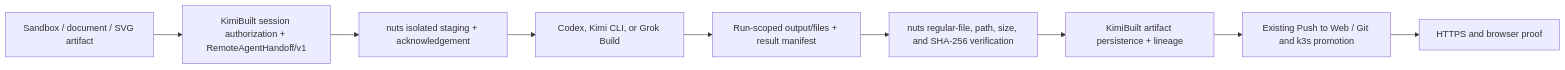
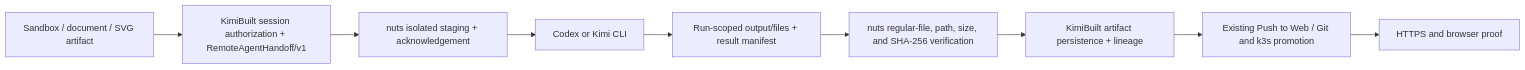
The diagram in docs/remote-agent-artifact-handoff.md (philly1084/Lilly), drawn with Mermaid before and after one commit. The commit also changed other lines of this file, not shown here.

Commit message:
docs: scope delivery to codex and kimi

````diff
--- a/docs/remote-agent-artifact-handoff.md
+++ b/docs/remote-agent-artifact-handoff.md
@@ -21,11 +21,11 @@
 ```mermaid
 flowchart LR
   S["Sandbox / document / SVG artifact"] --> K["KimiBuilt session authorization + RemoteAgentHandoff/v1"]
   K --> N["nuts isolated staging + acknowledgement"]
-  N --> A["Codex, Kimi CLI, or Grok Build"]
+  N --> A["Codex or Kimi CLI"]
   A --> O["Run-scoped output/files + result manifest"]
   O --> V["nuts regular-file, path, size, and SHA-256 verification"]
   V --> P["KimiBuilt artifact persistence + lineage"]
   P --> D["Existing Push to Web / Git and k3s promotion"]
   D --> Q["HTTPS and browser proof"]
 ```
````
